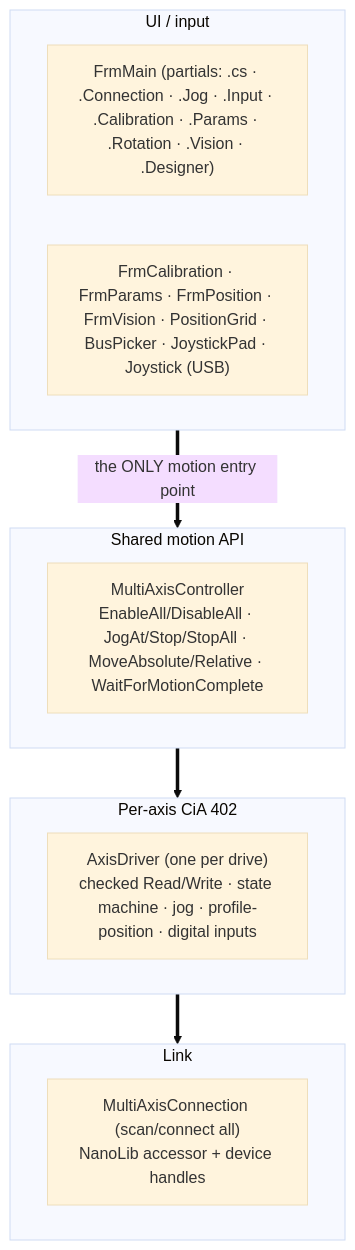
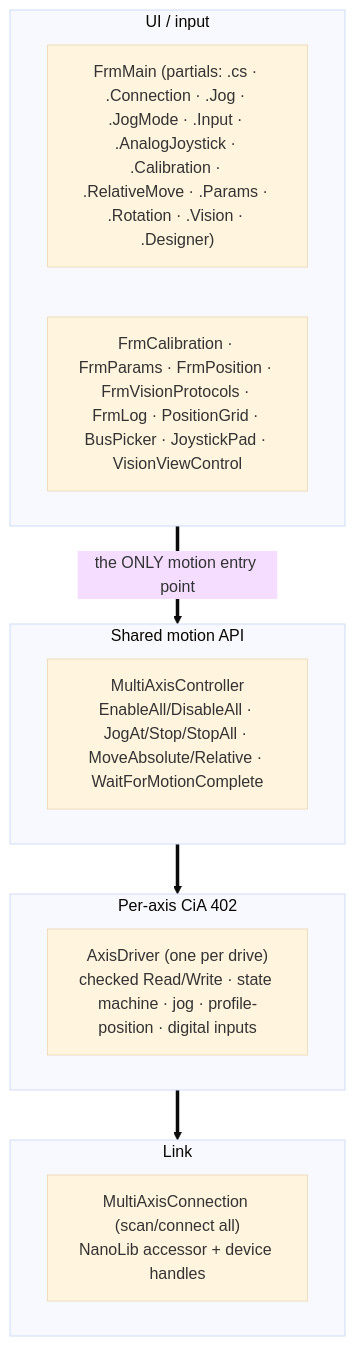
One commit to alexanderYaw/nanotec-controller changed the first of 6 diagrams in docs/developer-guide/index.md. Above: the diagram before and after it, drawn with Mermaid (base theme). The commit also changed other lines of this file and 1 other file, not shown here.

````diff
--- a/docs/developer-guide/index.md
+++ b/docs/developer-guide/index.md
@@ -19,20 +22,20 @@
 ```mermaid
 flowchart TB
     subgraph UI["UI / input"]
-        F["FrmMain (partials: .cs · .Connection · .Jog · .Input · .Calibration · .Params · .Rotation · .Vision · .Designer)"]
-        W["FrmCalibration · FrmParams · FrmPosition · FrmVision · PositionGrid · BusPicker · JoystickPad · Joystick (USB)"]
+        F["FrmMain (partials: .cs · .Connection · .Jog · .JogMode · .Input · .AnalogJoystick · .Calibration · .RelativeMove · .Params · .Rotation · .Vision · .Designer)"]
+        W["FrmCalibration · FrmParams · FrmPosition · FrmVisionProtocols · FrmLog · PositionGrid · BusPicker · JoystickPad · VisionViewControl"]
     end
     subgraph API["Shared motion API"]
         M["MultiAxisController<br/>EnableAll/DisableAll · JogAt/Stop/StopAll · MoveAbsolute/Relative · WaitForMotionComplete"]
     end
     subgraph AXIS["Per-axis CiA 402"]
         C["AxisDriver (one per drive)<br/>checked Read/Write · state machine · jog · profile-position · digital inputs"]
     end
     subgraph LINK["Link"]
         L["MultiAxisConnection (scan/connect all)<br/>NanoLib accessor + device handles"]
     end
 
     UI ==>|the ONLY motion entry point| API
     API ==> AXIS
     AXIS ==> LINK
 ```
````
